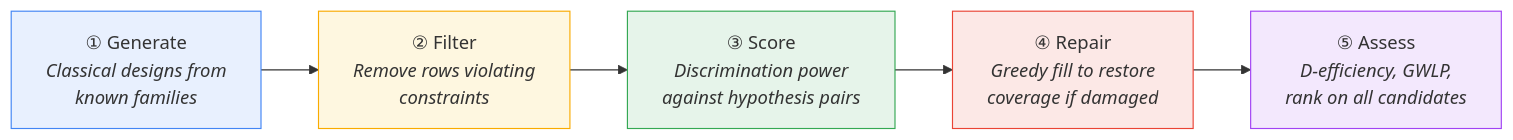
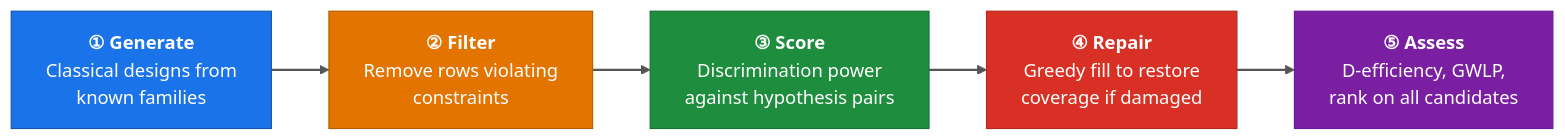
One commit to AntonioJesusGarciaPalomo/Tessellarium changed the first of 3 diagrams in README.md. Above: the diagram before and after it, drawn with Mermaid. The commit also changed other lines of this file, not shown here.

Commit message:
Mermaid charts improved readability

````diff
--- a/README.md
+++ b/README.md
@@ -50,16 +50,18 @@
 ```mermaid
 flowchart LR
-    G["① Generate<br/><i>Classical designs from<br/>known families</i>"]
-    F["② Filter<br/><i>Remove rows violating<br/>constraints</i>"]
-    S["③ Score<br/><i>Discrimination power<br/>against hypothesis pairs</i>"]
-    R["④ Repair<br/><i>Greedy fill to restore<br/>coverage if damaged</i>"]
-    A["⑤ Assess<br/><i>D-efficiency, GWLP,<br/>rank on all candidates</i>"]
+    G["<b>① Generate</b><br/>Classical designs from<br/>known families"]
+    F["<b>② Filter</b><br/>Remove rows violating<br/>constraints"]
+    S["<b>③ Score</b><br/>Discrimination power<br/>against hypothesis pairs"]
+    R["<b>④ Repair</b><br/>Greedy fill to restore<br/>coverage if damaged"]
+    A["<b>⑤ Assess</b><br/>D-efficiency, GWLP,<br/>rank on all candidates"]
 
     G --> F --> S --> R --> A
 
-    style G fill:#e8f0fe,stroke:#4285f4
-    style F fill:#fef7e0,stroke:#f9ab00
-    style S fill:#e6f4ea,stroke:#34a853
-    style R fill:#fce8e6,stroke:#ea4335
-    style A fill:#f3e8fd,stroke:#a142f4
+    style G fill:#1a73e8,stroke:#1557b0,color:#ffffff
+    style F fill:#e37400,stroke:#b45d00,color:#ffffff
+    style S fill:#1e8e3e,stroke:#137333,color:#ffffff
+    style R fill:#d93025,stroke:#b3261e,color:#ffffff
+    style A fill:#7b1fa2,stroke:#6a1b9a,color:#ffffff
+
+    linkStyle default stroke:#555,stroke-width:2px
 ```
````
